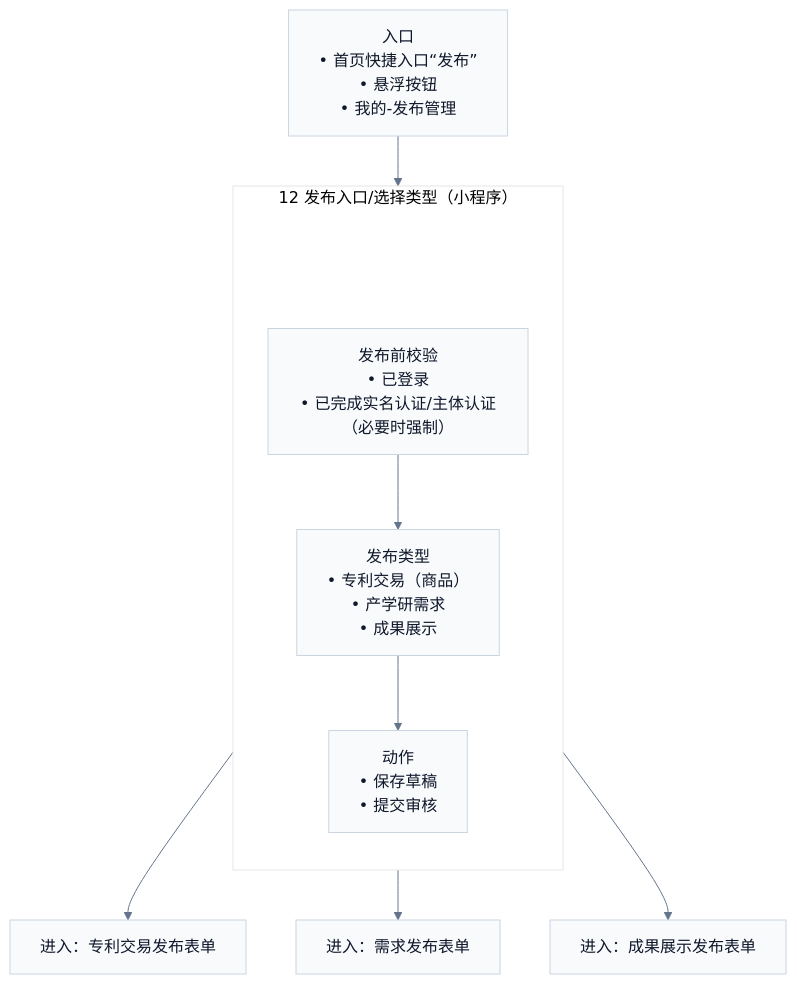
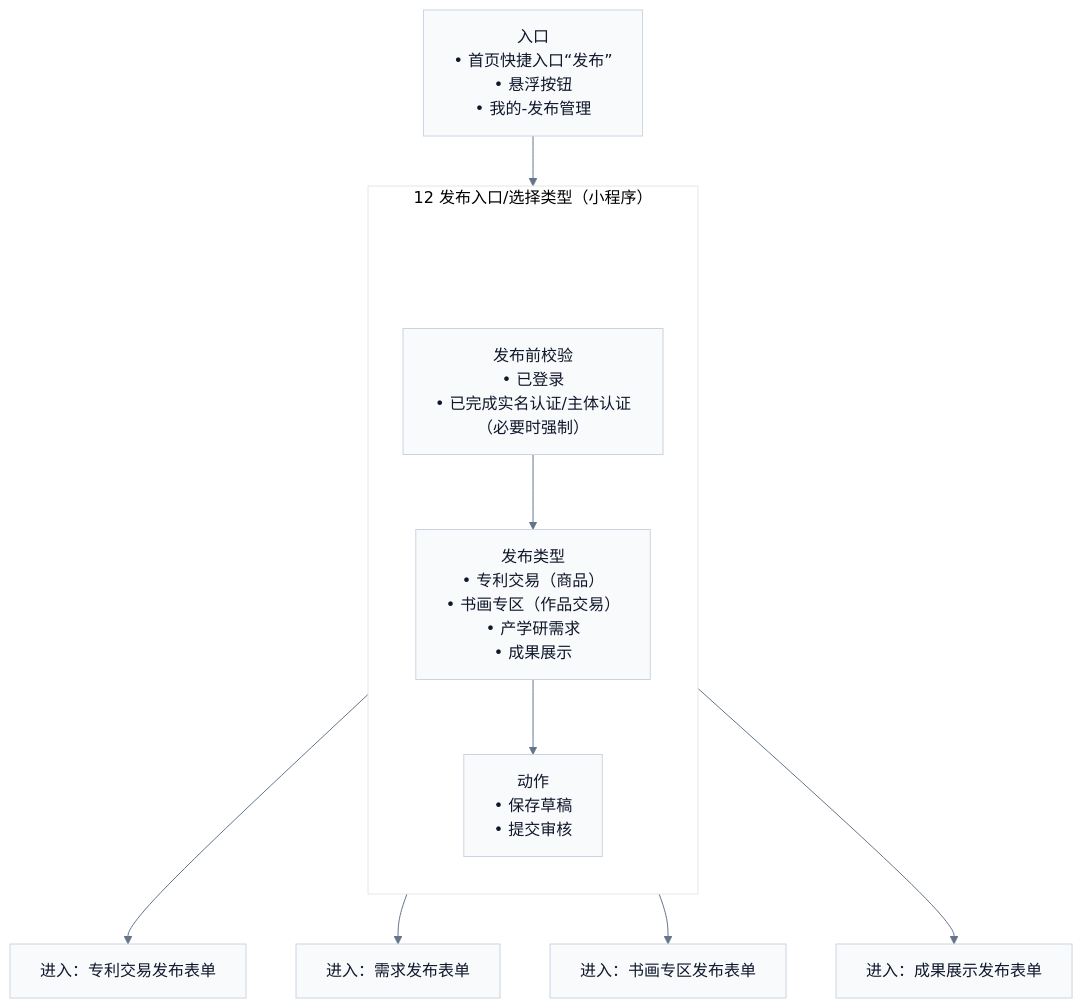
One commit to Ming-1984/Ipmoney changed the diagram in docs/demo/pages/miniapp/12-publish-chooser.mmd. Above: the diagram before and after it, drawn with Mermaid. The commit also changed 176 other files, not shown here.

Commit message:
Add SVG diagram for requirements phase summary with detailed flowchart representation

```diff
--- a/docs/demo/pages/miniapp/12-publish-chooser.mmd
+++ b/docs/demo/pages/miniapp/12-publish-chooser.mmd
@@ -1,22 +1,24 @@
 %%{init: {'theme':'base','flowchart': {'htmlLabels': true},'themeVariables': {'fontFamily': 'Inter, Microsoft YaHei, sans-serif','lineColor':'#64748B','primaryTextColor':'#0F172A','primaryBorderColor':'#CBD5E1','primaryColor':'#F8FAFC'}}}%%
 flowchart TB
   Entry1["入口<br/>• 首页快捷入口“发布”<br/>• 悬浮按钮<br/>• 我的-发布管理"]
   subgraph P["12 发布入口/选择类型（小程序）"]
     direction TB
     Pad[" "]:::pad
     Gate["发布前校验<br/>• 已登录<br/>• 已完成实名认证/主体认证（必要时强制）"]
-    Types["发布类型<br/>• 专利交易（商品）<br/>• 产学研需求<br/>• 成果展示"]
+    Types["发布类型<br/>• 专利交易（商品）<br/>• 书画专区（作品交易）<br/>• 产学研需求<br/>• 成果展示"]
     Actions["动作<br/>• 保存草稿<br/>• 提交审核"]
     Pad --> Gate
     Gate --> Types --> Actions
   end
   Entry1 --> P
   ToPatent["进入：专利交易发布表单"]
   ToDemand["进入：需求发布表单"]
+  ToArtwork["进入：书画专区发布表单"]
   ToAchievement["进入：成果展示发布表单"]
   Types --> ToPatent
   Types --> ToDemand
+  Types --> ToArtwork
   Types --> ToAchievement
 
   classDef pad fill:transparent,stroke:transparent,color:transparent;
   linkStyle 0 stroke:transparent,fill:transparent;
```
